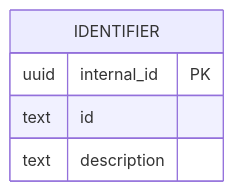
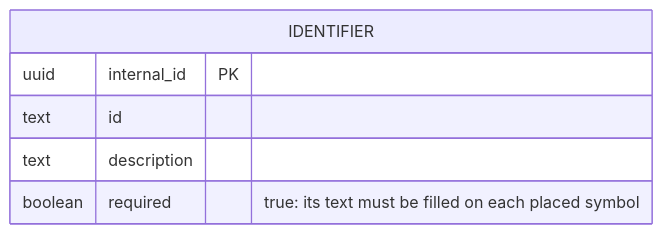
One commit to AlexandreGallais/synoptic-studio-spec changed the diagram in metadata/entities/01-identifier.md. Above: the diagram before and after it, drawn with Mermaid. The commit also changed other lines of this file and 5 other files, not shown here.

````diff
--- a/metadata/entities/01-identifier.md
+++ b/metadata/entities/01-identifier.md
@@ -13,8 +13,9 @@
 ```mermaid
 erDiagram
     IDENTIFIER {
         uuid internal_id PK
         text id
         text description
+        boolean required "true: its text must be filled on each placed symbol"
     }
 ```
````
